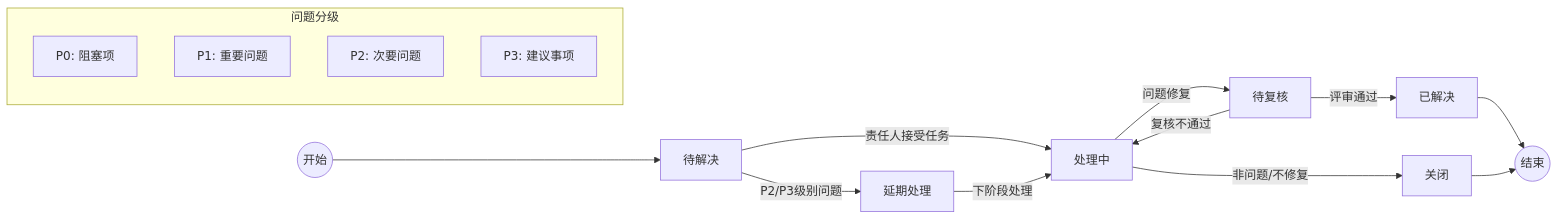
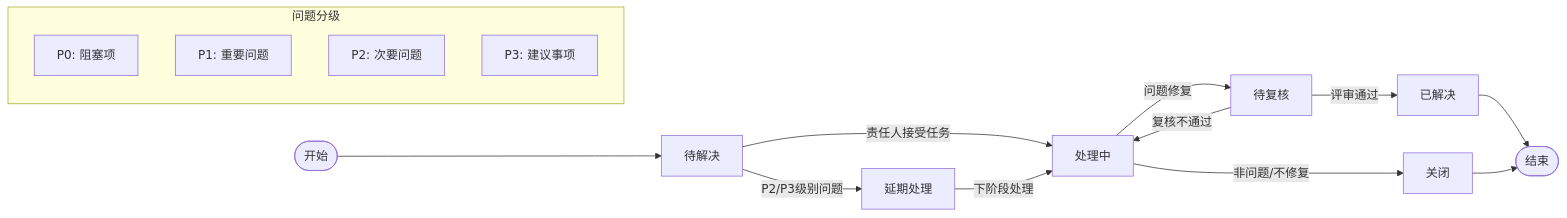
The eighth of 12 diagrams in 开发流程图.md (Taskon-xyz/PR), drawn with Mermaid before and after one commit. The commit also changed other lines of this file and 1 other file, not shown here.

````diff
--- a/开发流程图.md
+++ b/开发流程图.md
@@ -114,20 +192,20 @@
 ```mermaid
-graph LR
-    Start((开始)) --> A[待解决]
+flowchart LR
+    Start([开始]) --> A[待解决]
     A -->|责任人接受任务| B[处理中]
     B -->|问题修复| C[待复核]
     C -->|评审通过| D[已解决]
     C -->|复核不通过| B
     A -->|P2/P3级别问题| E[延期处理]
     E -->|下阶段处理| B
     B -->|非问题/不修复| F[关闭]
-    D --> End((结束))
+    D --> End([结束])
     F --> End
-    
+  
     subgraph 问题分级
     P0[P0: 阻塞项]
     P1[P1: 重要问题]
     P2[P2: 次要问题]
     P3[P3: 建议事项]
     end
 ```
````
